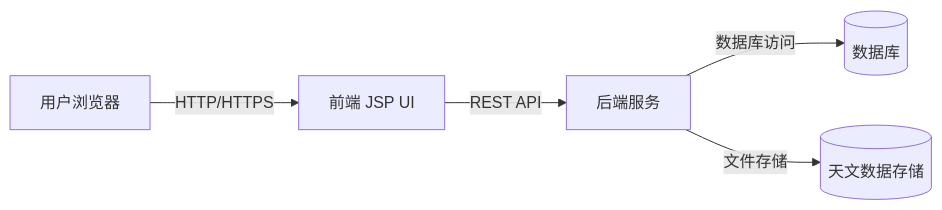
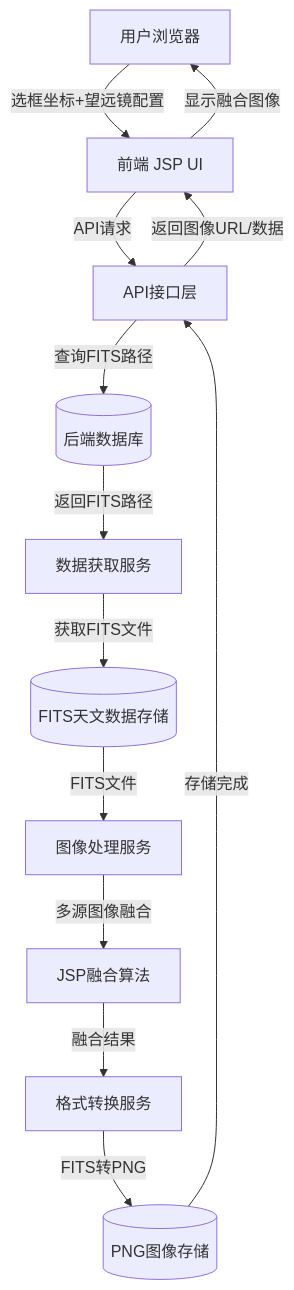
The diagram in apps/jsp-ui/README.md (hongbo-wei/astro-viewer), drawn with Mermaid before and after one commit. The commit also changed 5 other files, not shown here.

````diff
--- a/apps/jsp-ui/README.md
+++ b/apps/jsp-ui/README.md
@@ -64,7 +64,15 @@
 ```mermaid
-flowchart LR
-  User[用户浏览器] -->|HTTP/HTTPS| JSPUI[前端 JSP UI]
-  JSPUI -->|REST API| Backend[后端服务]
-  Backend -->|数据库访问| DB[(数据库)]
-  Backend -->|文件存储| Storage[(天文数据存储)]
+flowchart TD
+  User[用户浏览器] -->|选框坐标+望远镜配置| JSPUI[前端 JSP UI]
+  JSPUI -->|API请求| API[API接口层]
+  API -->|查询FITS路径| DB[(后端数据库)]
+  DB -->|返回FITS路径| DataService[数据获取服务]
+  DataService -->|获取FITS文件| FITSStorage[(FITS天文数据存储)]
+  FITSStorage -->|FITS文件| ProcessService[图像处理服务]
+  ProcessService -->|多源图像融合| JSP[JSP融合算法]
+  JSP -->|融合结果| ConvertService[格式转换服务]
+  ConvertService -->|FITS转PNG| PNGStorage[(PNG图像存储)]
+  PNGStorage -->|存储完成| API
+  API -->|返回图像URL/数据| JSPUI
+  JSPUI -->|显示融合图像| User
 ```
````
